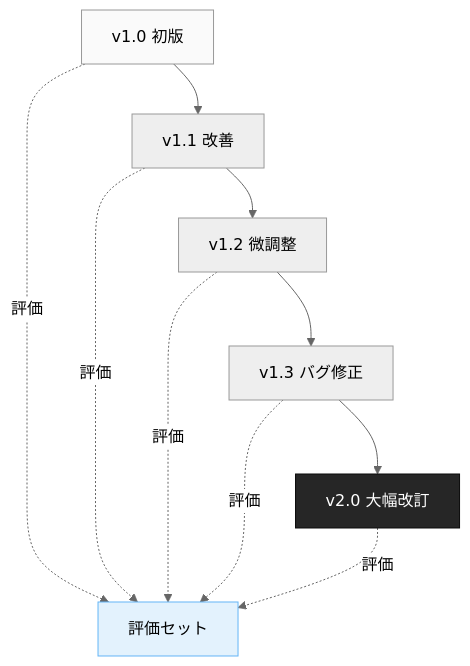
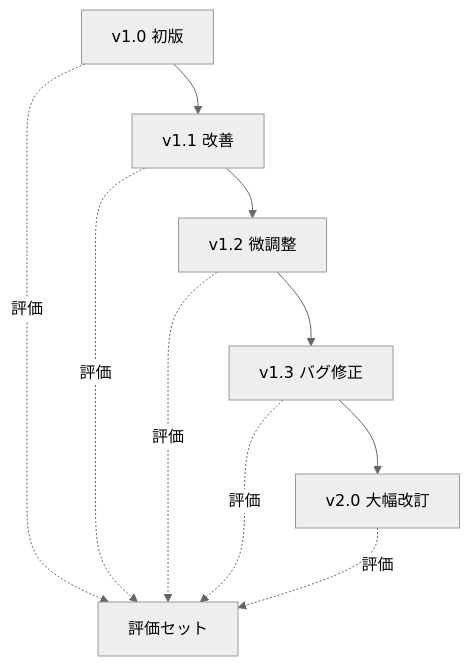
One commit to dinekt/dinekt-wiki changed the first of 2 diagrams in docs/techniques/プロンプトのバージョン管理とデプロイ戦略.md. Above: the diagram before and after it, drawn with Mermaid (neutral theme). The commit also changed other lines of this file and 70 other files, not shown here.

First line of the commit message:
fix(mermaid): strip all inline styling, rely on theme

````diff
--- a/docs/techniques/プロンプトのバージョン管理とデプロイ戦略.md
+++ b/docs/techniques/プロンプトのバージョン管理とデプロイ戦略.md
@@ -23,17 +23,14 @@
 ```mermaid
 flowchart TD
     V1[v1.0 初版] --> V11[v1.1 改善]
     V11 --> V12[v1.2 微調整]
     V12 --> V13[v1.3 バグ修正]
     V13 --> V2[v2.0 大幅改訂]
 
     V1 -.評価.-> E[評価セット]
     V11 -.評価.-> E
     V12 -.評価.-> E
     V13 -.評価.-> E
     V2 -.評価.-> E
 
-    style V1 fill:#fafafa,color:#000
-    style V2 fill:#262626,color:#fff,stroke:#0a0a0a
-    style E fill:#e3f2fd,stroke:#64b5f6,color:#000
 ```
````
